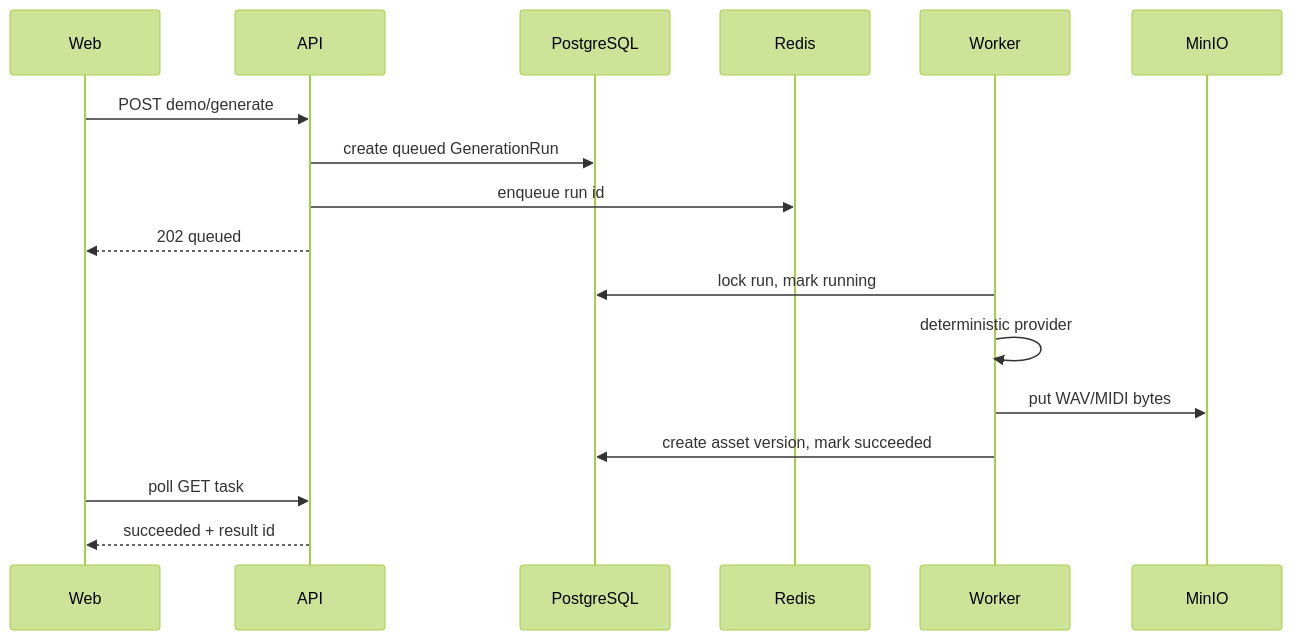
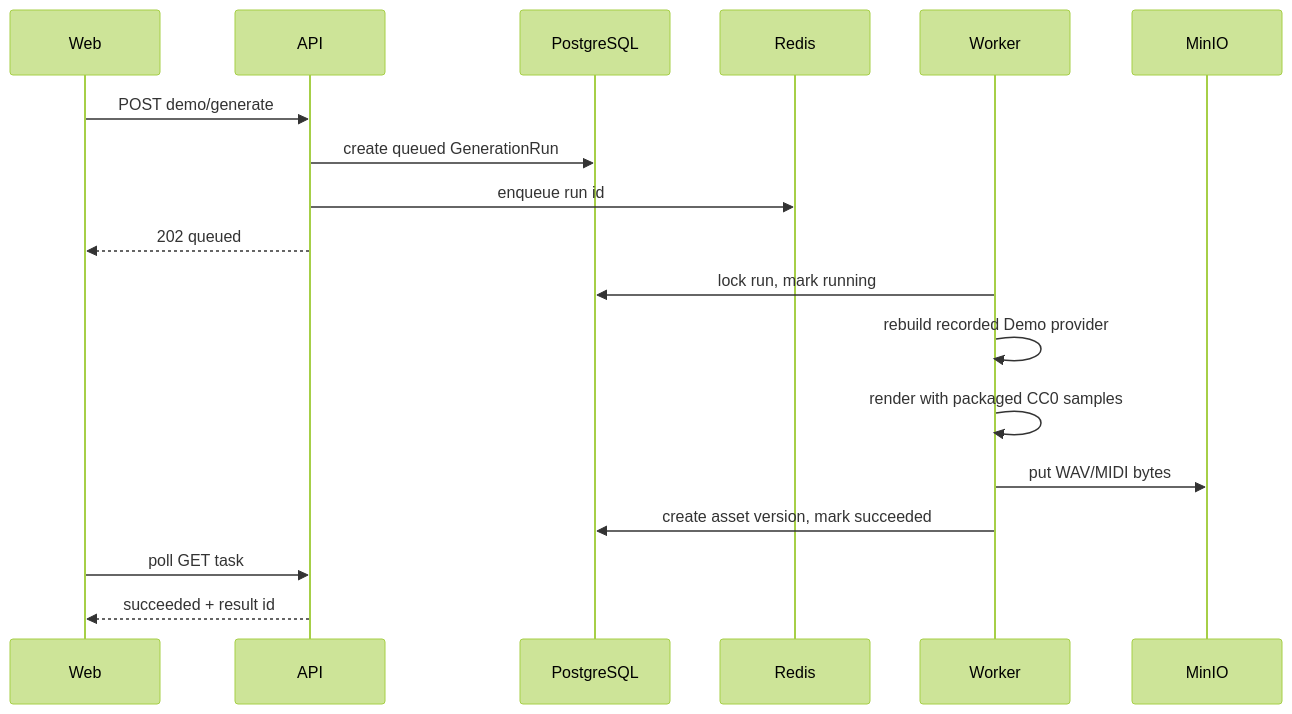
One commit to yarizm/Abachiwave changed the fourth of 4 diagrams in docs/architecture.md. Above: the diagram before and after it, drawn with Mermaid (forest theme). The commit also changed other lines of this file and 11 other files, not shown here.

````diff
--- a/docs/architecture.md
+++ b/docs/architecture.md
@@ -166,19 +225,20 @@
 ```mermaid
 sequenceDiagram
     participant Web
     participant API
     participant DB as PostgreSQL
     participant Queue as Redis
     participant Worker
     participant Store as MinIO
     Web->>API: POST demo/generate
     API->>DB: create queued GenerationRun
     API->>Queue: enqueue run id
     API-->>Web: 202 queued
     Worker->>DB: lock run, mark running
-    Worker->>Worker: deterministic provider
+    Worker->>Worker: rebuild recorded Demo provider
+    Worker->>Worker: render with packaged CC0 samples
     Worker->>Store: put WAV/MIDI bytes
     Worker->>DB: create asset version, mark succeeded
     Web->>API: poll GET task
     API-->>Web: succeeded + result id
 ```
````
